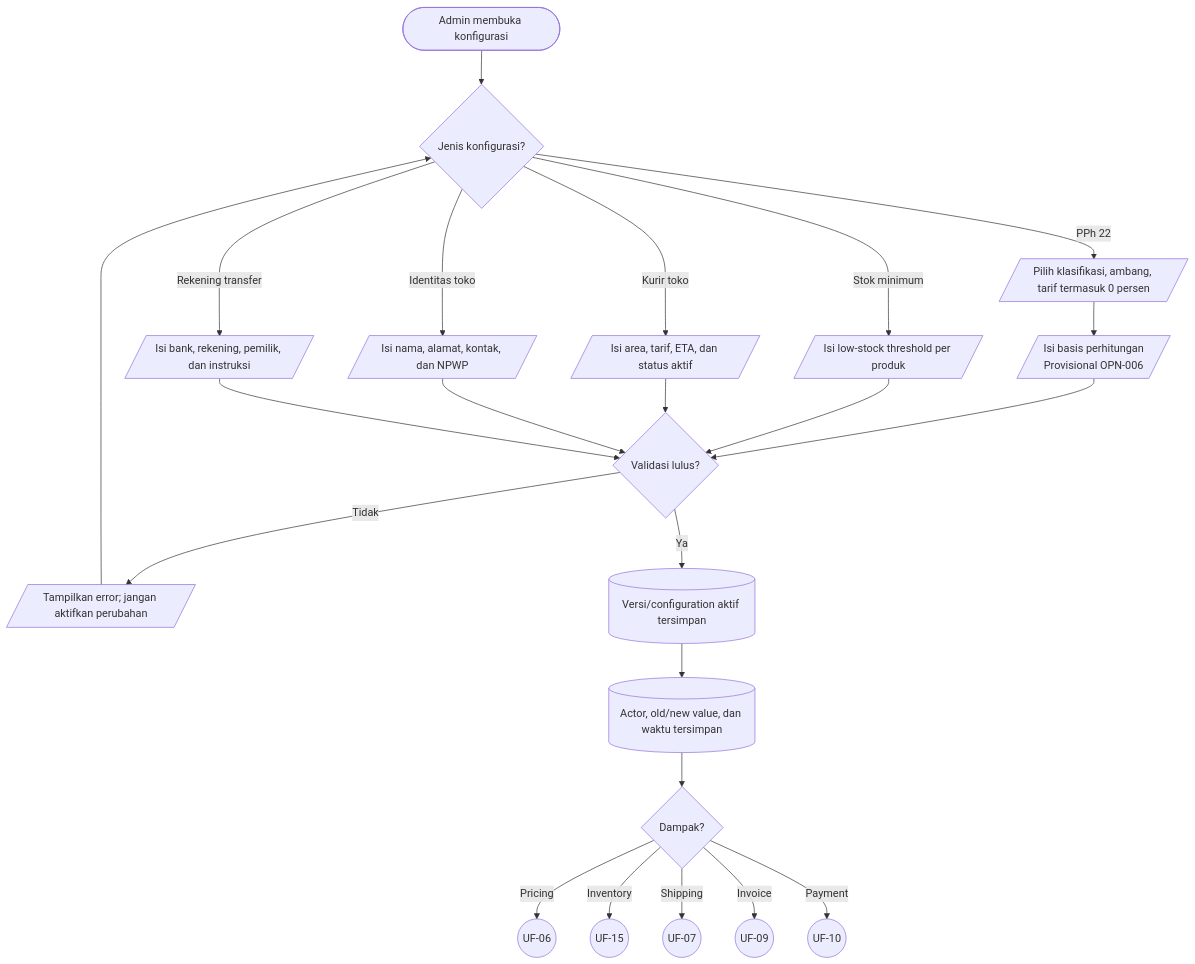
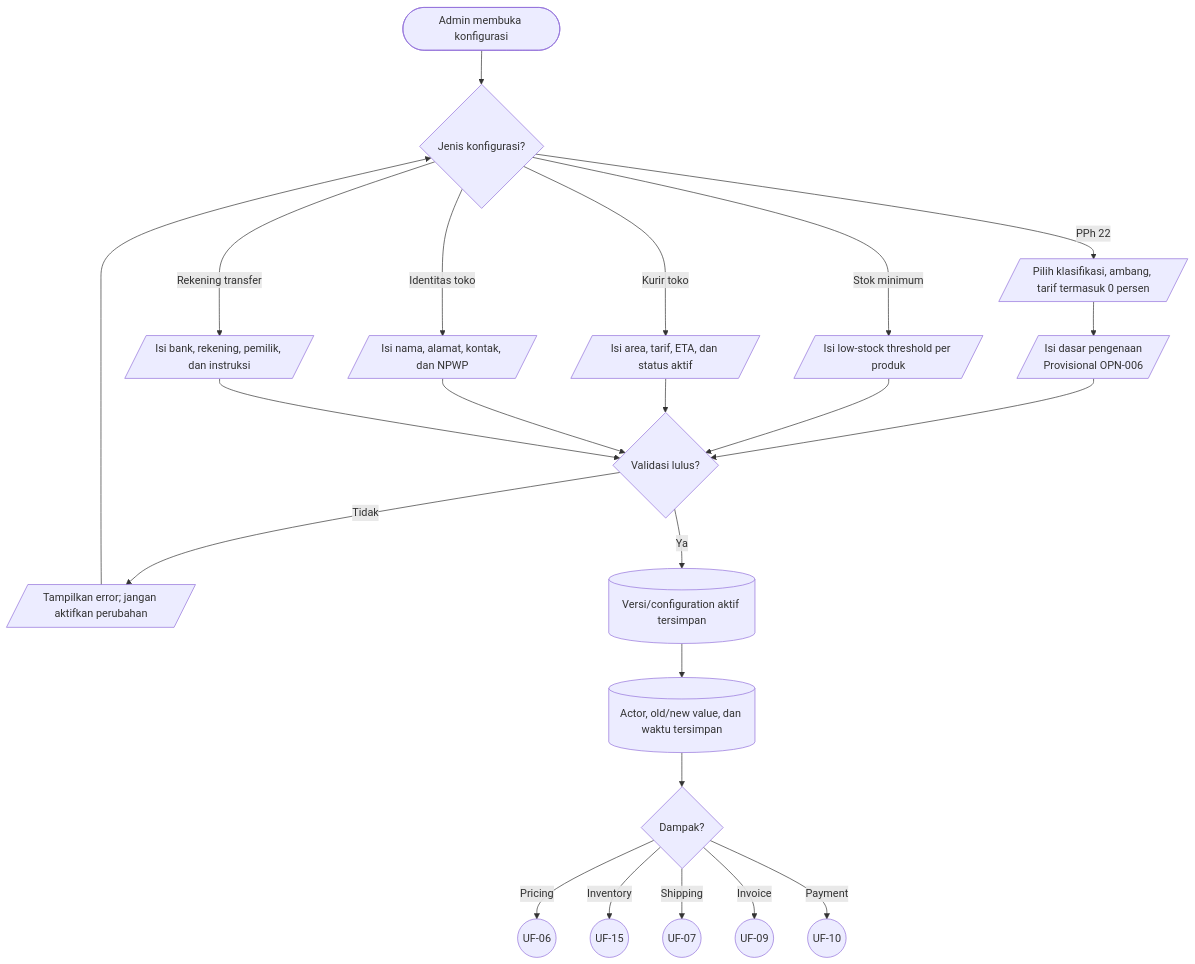
Diagram 17 of 19 in docs/design/USER_FLOWS.md (Webekspres/pixel-komunika), drawn with Mermaid before and after one commit. The commit also changed other lines of this file and 7 other files, not shown here.

Commit message:
docs: align web-owned sales and fulfillment flow

````diff
--- a/docs/design/USER_FLOWS.md
+++ b/docs/design/USER_FLOWS.md
@@ -556,31 +571,31 @@
 ```mermaid
 flowchart TD
     A(["Admin membuka konfigurasi"]) --> B{"Jenis konfigurasi?"}
     B -->|PPh 22| C[/"Pilih klasifikasi, ambang, tarif termasuk 0 persen"/]
-    C --> D[/"Isi basis perhitungan<br/>Provisional OPN-006"/]
+    C --> D[/"Isi dasar pengenaan<br/>Provisional OPN-006"/]
     B -->|Stok minimum| E[/"Isi low-stock threshold per produk"/]
     B -->|Kurir toko| F[/"Isi area, tarif, ETA, dan status aktif"/]
     B -->|Identitas toko| G[/"Isi nama, alamat, kontak, dan NPWP"/]
     B -->|Rekening transfer| H[/"Isi bank, rekening, pemilik, dan instruksi"/]
     D --> I{"Validasi lulus?"}
     E --> I
     F --> I
     G --> I
     H --> I
     I -->|Tidak| J[/"Tampilkan error; jangan aktifkan perubahan"/]
     J --> B
     I -->|Ya| K[("Versi/configuration aktif tersimpan")]
     K --> L[("Actor, old/new value, dan waktu tersimpan")]
     L --> M{"Dampak?"}
     M -->|Pricing| C_UF06((UF-06))
     M -->|Inventory| C_UF15((UF-15))
     M -->|Shipping| C_UF07((UF-07))
     M -->|Invoice| C_UF09((UF-09))
     M -->|Payment| C_UF10((UF-10))
 
     click C_UF06 "#uf-06-rekalkulasi-harga-dan-pph-22"
     click C_UF07 "#uf-07-alamat-dan-pengiriman"
     click C_UF09 "#uf-09-sales-order-pos-dan-invoice"
     click C_UF10 "#uf-10-pengajuan-pembayaran"
     click C_UF15 "#uf-15-sinkronisasi-dan-stok-efektif"
 ```
````
